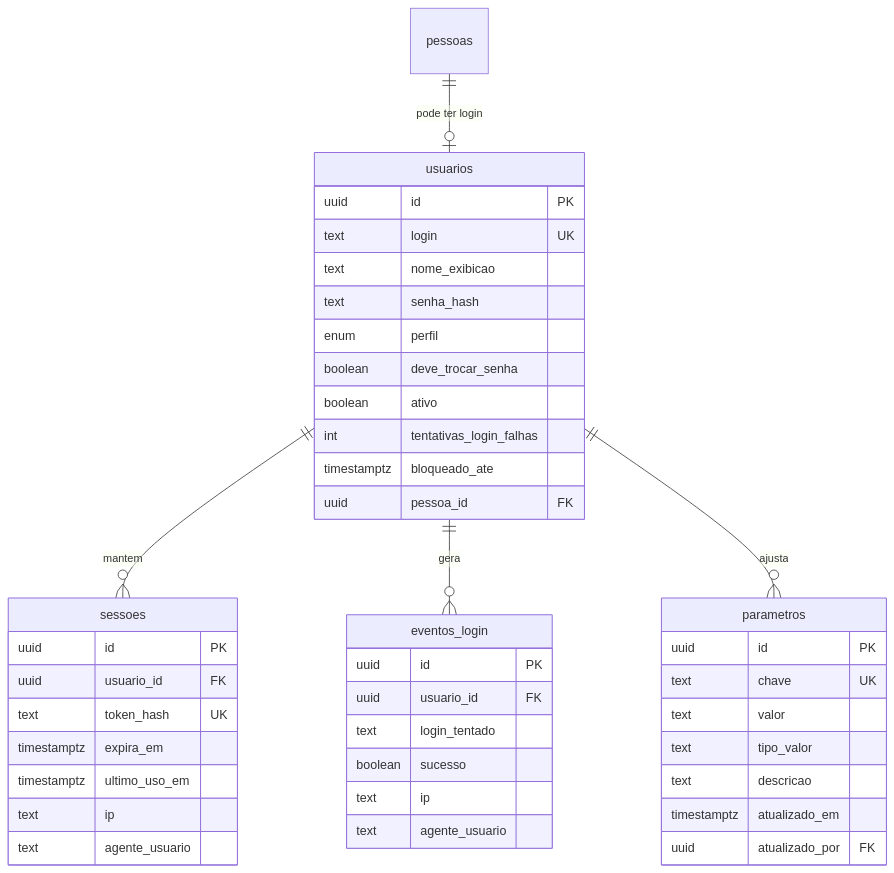
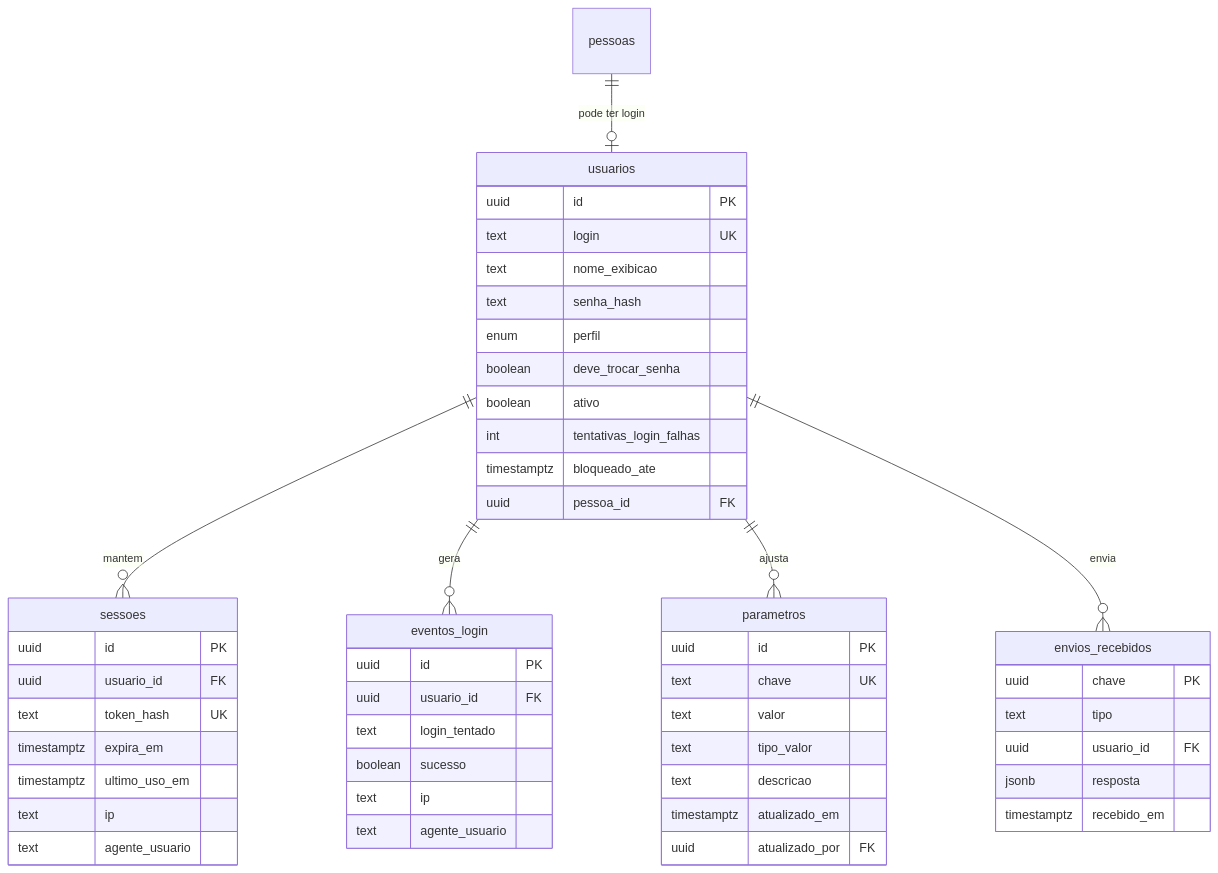
Before and after one commit to JoaoMudar/tcc: the diagram in docs/engenharia/modelo-dados-pt/mmd/fig08-acesso.mmd, drawn with Mermaid. The commit also changed 7 other files, not shown here.

Commit message:
docs(pwa): envios_recebidos no modelo, controle do A-08 e Fase 9 marcada

```diff
--- a/docs/engenharia/modelo-dados-pt/mmd/fig08-acesso.mmd
+++ b/docs/engenharia/modelo-dados-pt/mmd/fig08-acesso.mmd
@@ -1,45 +1,53 @@
 erDiagram
   usuarios {
     uuid    id PK
     text    login UK
     text    nome_exibicao
     text    senha_hash
     enum    perfil
     boolean deve_trocar_senha
     boolean ativo
     int     tentativas_login_falhas
     timestamptz bloqueado_ate
     uuid    pessoa_id FK
   }
   sessoes {
     uuid id PK
     uuid usuario_id FK
     text token_hash UK
     timestamptz expira_em
     timestamptz ultimo_uso_em
     text ip
     text agente_usuario
   }
   eventos_login {
     uuid id PK
     uuid usuario_id FK
     text login_tentado
     boolean sucesso
     text ip
     text agente_usuario
   }
   parametros {
     uuid id PK
     text chave UK
     text valor
     text tipo_valor
     text descricao
     timestamptz atualizado_em
     uuid atualizado_por FK
   }
+  envios_recebidos {
+    uuid chave PK
+    text tipo
+    uuid usuario_id FK
+    jsonb resposta
+    timestamptz recebido_em
+  }
   pessoas {}
 
   usuarios ||--o{ sessoes       : "mantem"
   usuarios ||--o{ eventos_login : "gera"
   usuarios ||--o{ parametros    : "ajusta"
+  usuarios ||--o{ envios_recebidos : "envia"
   pessoas  ||--o| usuarios      : "pode ter login"
```
